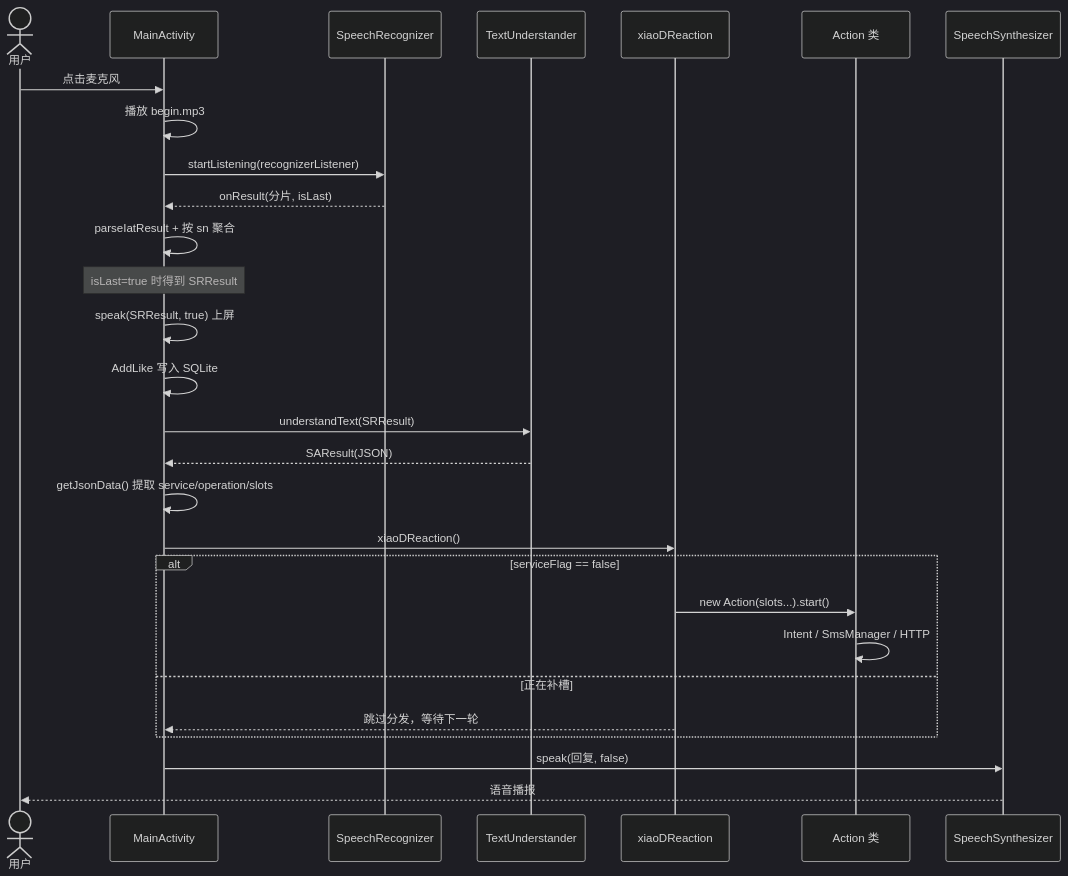
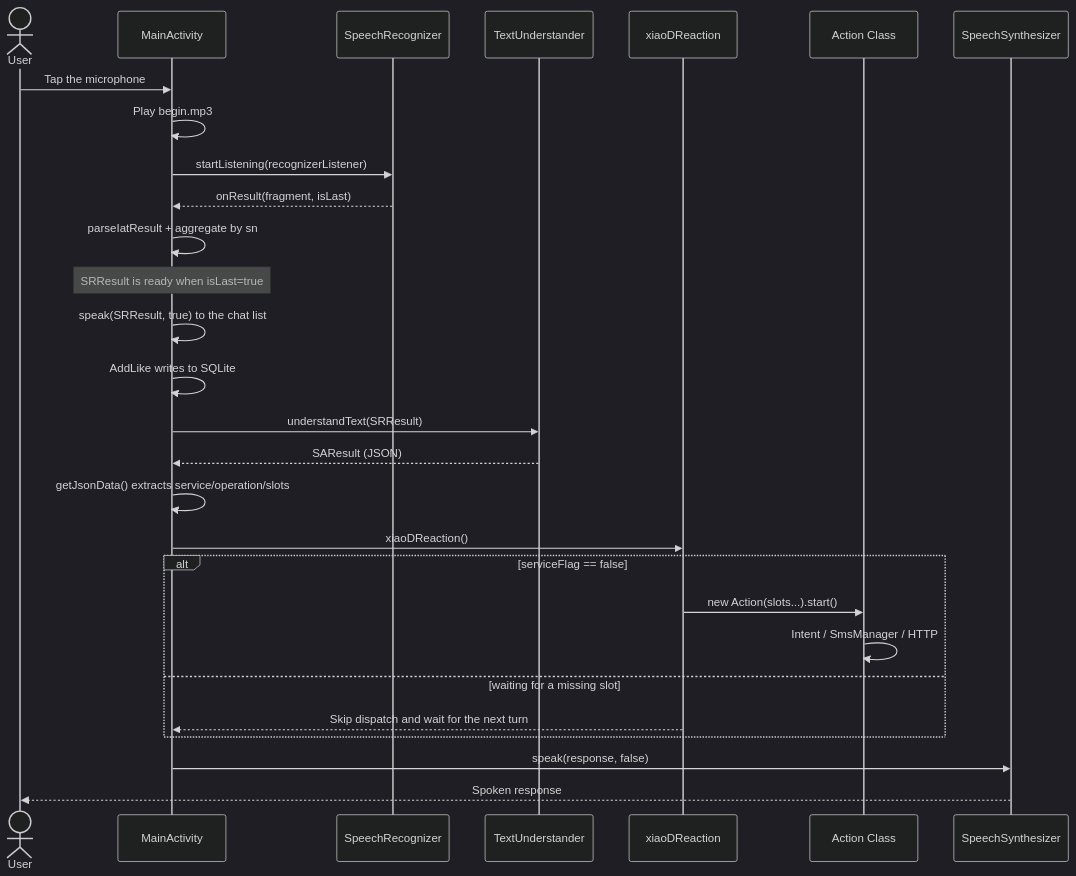
The second of 3 diagrams in README.md (noobsolo/DDvoice), drawn with Mermaid (dark theme) before and after one commit. The commit also changed other lines of this file and 1 other file, not shown here.

````diff
--- a/README.md
+++ b/README.md
@@ -144,31 +146,31 @@
 ```mermaid
 sequenceDiagram
-    actor U as 用户
+    actor U as User
     participant A as MainActivity
     participant ASR as SpeechRecognizer
     participant NLU as TextUnderstander
     participant R as xiaoDReaction
-    participant X as Action 类
+    participant X as Action Class
     participant TTS as SpeechSynthesizer
 
-    U->>A: 点击麦克风
-    A->>A: 播放 begin.mp3
+    U->>A: Tap the microphone
+    A->>A: Play begin.mp3
     A->>ASR: startListening(recognizerListener)
-    ASR-->>A: onResult(分片, isLast)
-    A->>A: parseIatResult + 按 sn 聚合
-    Note over A: isLast=true 时得到 SRResult
-    A->>A: speak(SRResult, true) 上屏
-    A->>A: AddLike 写入 SQLite
+    ASR-->>A: onResult(fragment, isLast)
+    A->>A: parseIatResult + aggregate by sn
+    Note over A: SRResult is ready when isLast=true
+    A->>A: speak(SRResult, true) to the chat list
+    A->>A: AddLike writes to SQLite
     A->>NLU: understandText(SRResult)
-    NLU-->>A: SAResult(JSON)
-    A->>A: getJsonData() 提取 service/operation/slots
+    NLU-->>A: SAResult (JSON)
+    A->>A: getJsonData() extracts service/operation/slots
     A->>R: xiaoDReaction()
     alt serviceFlag == false
         R->>X: new Action(slots...).start()
         X->>X: Intent / SmsManager / HTTP
-    else 正在补槽
-        R-->>A: 跳过分发，等待下一轮
+    else waiting for a missing slot
+        R-->>A: Skip dispatch and wait for the next turn
     end
-    A->>TTS: speak(回复, false)
-    TTS-->>U: 语音播报
+    A->>TTS: speak(response, false)
+    TTS-->>U: Spoken response
 ```
````
